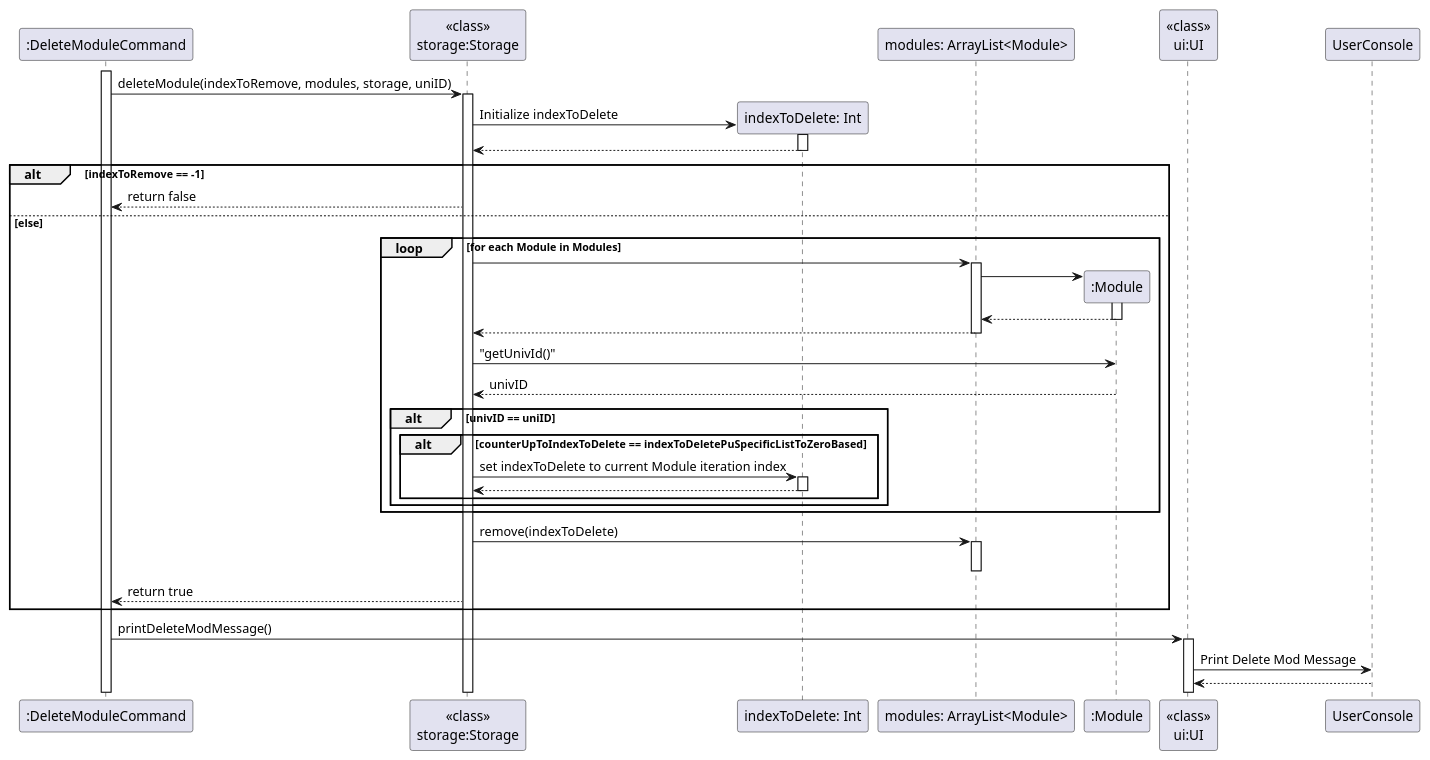
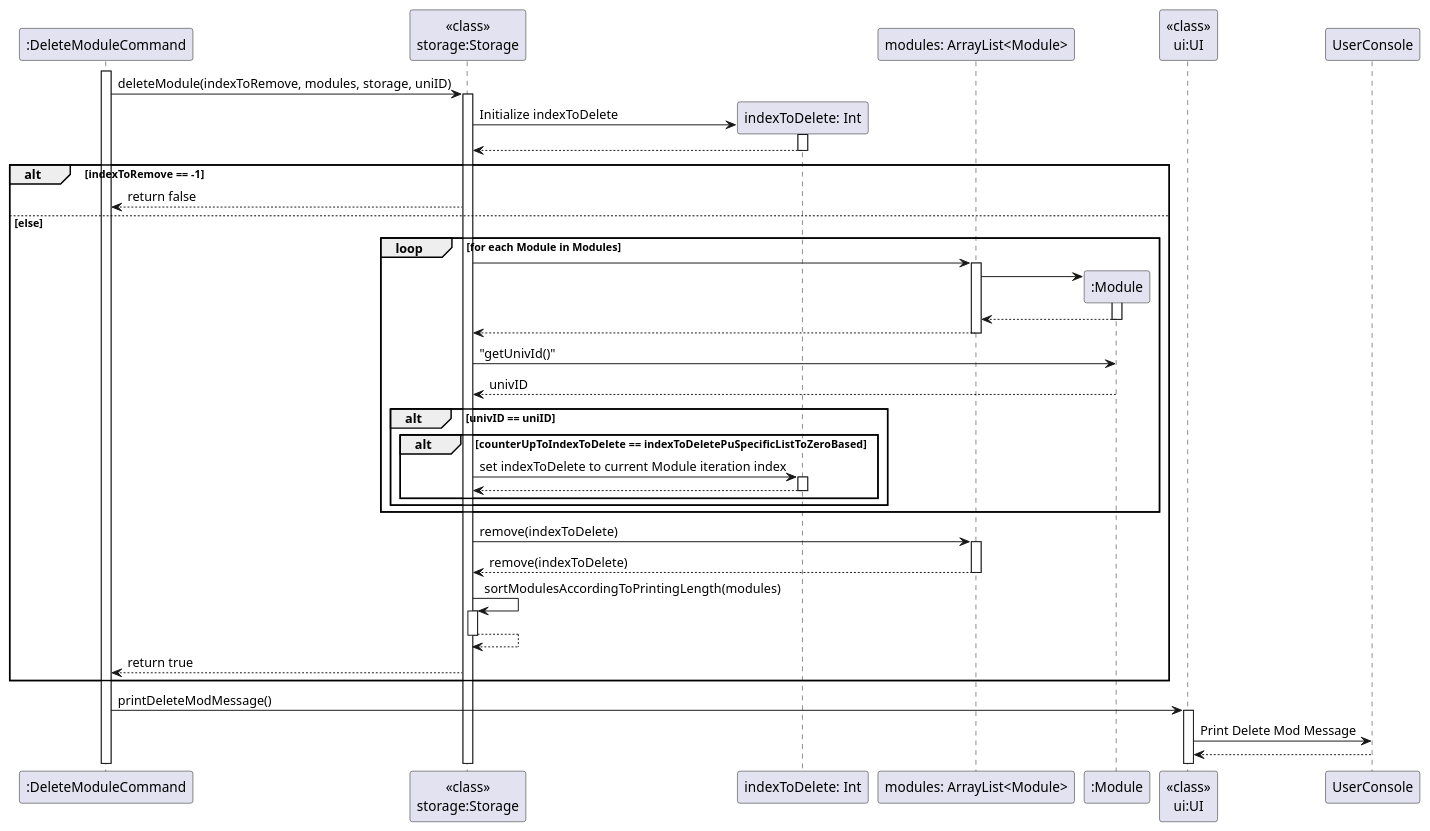
The diagram in docs/diagrams/Commands/DeleteModuleCommandSequenceDiagram.puml (nus-cs2113-AY2223S2/tp), drawn with PlantUML before and after one commit.

Commit message:
Update Sequnce Diagram for Delete function to include sorting

```diff
--- a/docs/diagrams/Commands/DeleteModuleCommandSequenceDiagram.puml
+++ b/docs/diagrams/Commands/DeleteModuleCommandSequenceDiagram.puml
@@ -1,55 +1,62 @@
 @startuml
 'https://plantuml.com/sequence-diagram
 
 activate ":DeleteModuleCommand"
 
 ":DeleteModuleCommand" -> "<<class>>\nstorage:Storage" : deleteModule(indexToRemove, modules, storage, uniID)
 activate "<<class>>\nstorage:Storage"
 
 create "indexToDelete: Int"
 "<<class>>\nstorage:Storage" -> "indexToDelete: Int": Initialize indexToDelete
 activate "indexToDelete: Int"
 "<<class>>\nstorage:Storage" <-- "indexToDelete: Int"
 deactivate "indexToDelete: Int"
 
 alt indexToRemove == -1
 "<<class>>\nstorage:Storage" --> ":DeleteModuleCommand" : return false
 else else
     loop for each Module in Modules
 
         "<<class>>\nstorage:Storage" -> "modules: ArrayList<Module>"
          activate "modules: ArrayList<Module>"
          create ":Module"
          "modules: ArrayList<Module>" -> ":Module"
          activate ":Module"
          "modules: ArrayList<Module>" <-- ":Module"
          deactivate ":Module"
 
          "<<class>>\nstorage:Storage" <-- "modules: ArrayList<Module>"
          deactivate "modules: ArrayList<Module>"
 
         "<<class>>\nstorage:Storage" -> ":Module" : "getUnivId()"
         "<<class>>\nstorage:Storage" <-- ":Module" : univID
 
         alt univID == uniID
             alt counterUpToIndexToDelete == indexToDeletePuSpecificListToZeroBased
                 "<<class>>\nstorage:Storage" -> "indexToDelete: Int": set indexToDelete to current Module iteration index
                 activate "indexToDelete: Int"
                 "<<class>>\nstorage:Storage" <-- "indexToDelete: Int"
                 deactivate "indexToDelete: Int"
 
             end
         end
     end
+
    "<<class>>\nstorage:Storage" -> "modules: ArrayList<Module>" : remove(indexToDelete)
     activate "modules: ArrayList<Module>"
+    "<<class>>\nstorage:Storage" <-- "modules: ArrayList<Module>" : remove(indexToDelete)
     deactivate "modules: ArrayList<Module>"
+     "<<class>>\nstorage:Storage" -> "<<class>>\nstorage:Storage": sortModulesAccordingToPrintingLength(modules)
+    activate "<<class>>\nstorage:Storage"
+        "<<class>>\nstorage:Storage" --> "<<class>>\nstorage:Storage"
+        deactivate "<<class>>\nstorage:Storage"
+
     "<<class>>\nstorage:Storage" --> ":DeleteModuleCommand" : return true
 
 end
 ":DeleteModuleCommand" -> "<<class>>\nui:UI" : printDeleteModMessage()
 activate "<<class>>\nui:UI"
 
 "<<class>>\nui:UI" -> UserConsole : Print Delete Mod Message
 "<<class>>\nui:UI" <-- UserConsole
 @enduml
```
